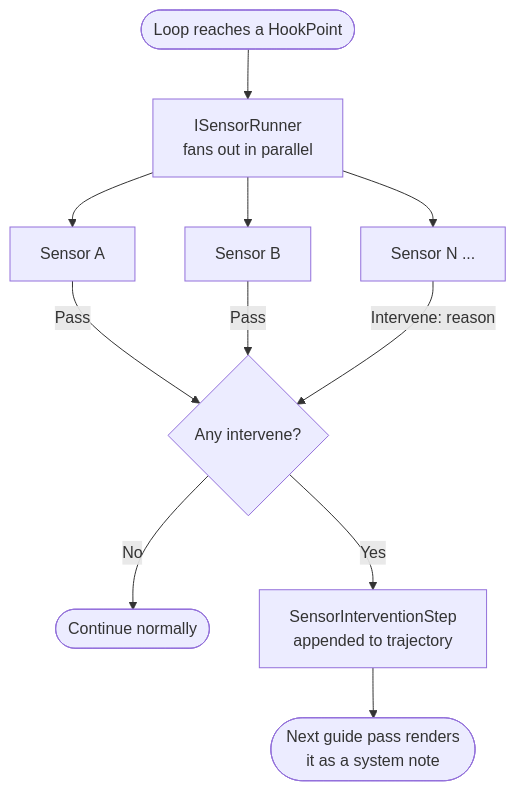
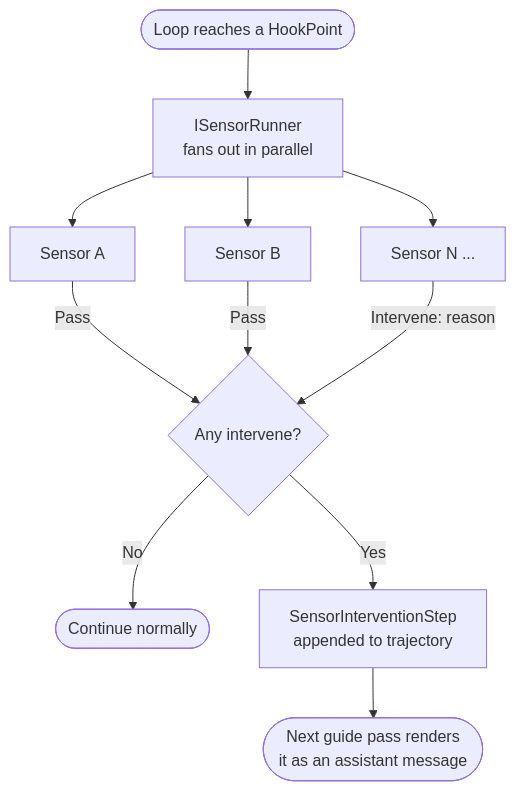
Before and after one commit to AnilKerai/model-harness: the second of 5 diagrams in README.md, drawn with Mermaid. The commit also changed other lines of this file and 2 other files, not shown here.

First line of the commit message:
docs: correct sensor intervention rendering from system-role to assistant-role

````diff
--- a/README.md
+++ b/README.md
@@ -180,13 +180,13 @@
 ```mermaid
 flowchart TD
     L([Loop reaches a HookPoint]) --> SR[ISensorRunner\nfans out in parallel]
     SR --> S1[Sensor A]
     SR --> S2[Sensor B]
     SR --> SN[Sensor N ...]
     S1 -- Pass --> M{Any intervene?}
     S2 -- Pass --> M
     SN -- Intervene: reason --> M
     M -- No --> CONT([Continue normally])
     M -- Yes --> INT[SensorInterventionStep\nappended to trajectory]
-    INT --> NEXT([Next guide pass renders\nit as a system note])
+    INT --> NEXT([Next guide pass renders\nit as an assistant message])
 ```
````
